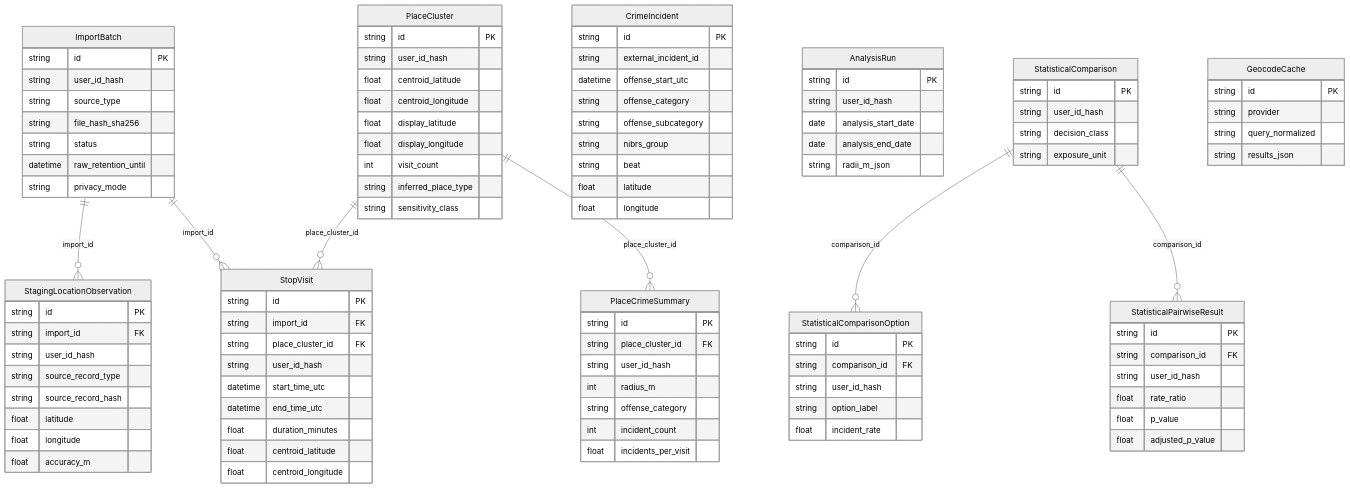
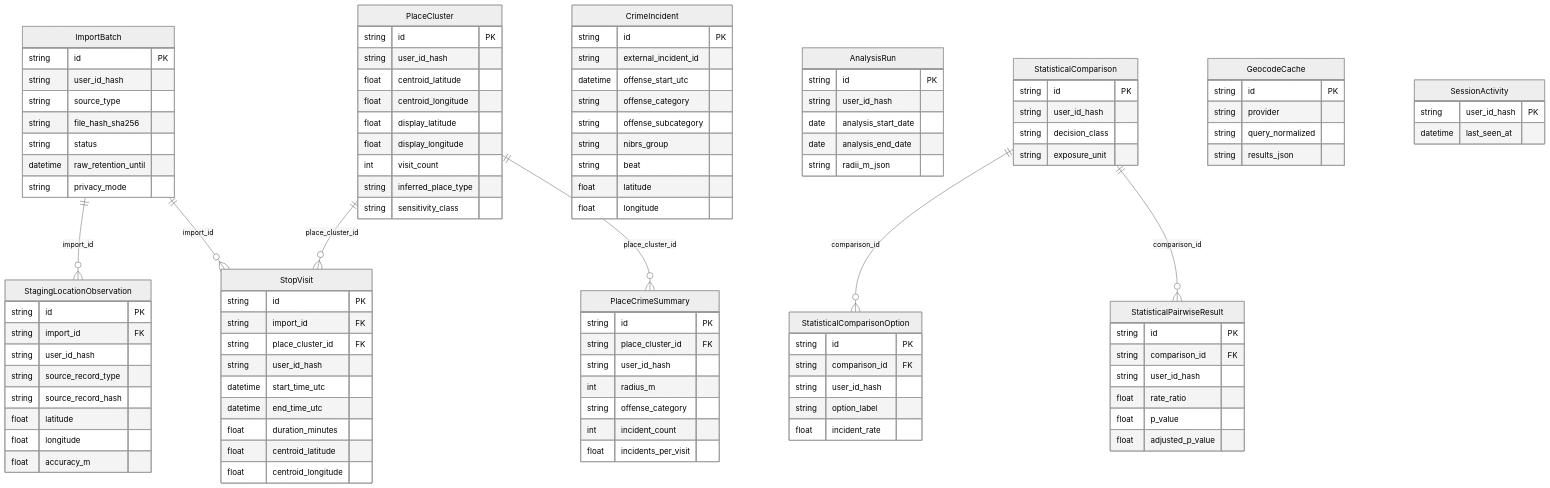
The diagram in docs/architecture/data-model.md (jcscocca/CompCat), drawn with Mermaid (neutral theme) before and after one commit. The commit also changed other lines of this file and 15 other files, not shown here.

```diff
--- a/docs/architecture/data-model.md
+++ b/docs/architecture/data-model.md
@@ -304,6 +327,11 @@
         string results_json
     }
 
+    SessionActivity {
+        string user_id_hash PK
+        datetime last_seen_at
+    }
+
     ImportBatch ||--o{ StagingLocationObservation : "import_id"
     ImportBatch ||--o{ StopVisit : "import_id"
     PlaceCluster ||--o{ StopVisit : "place_cluster_id"
```
